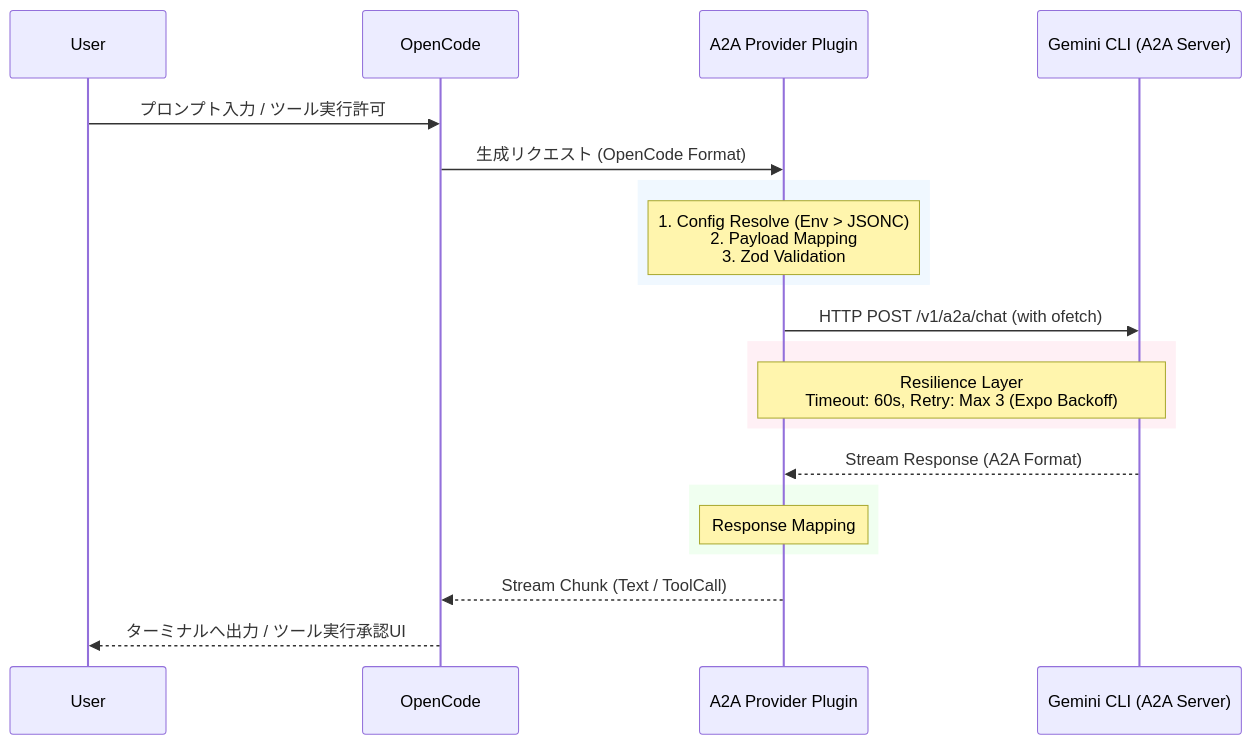
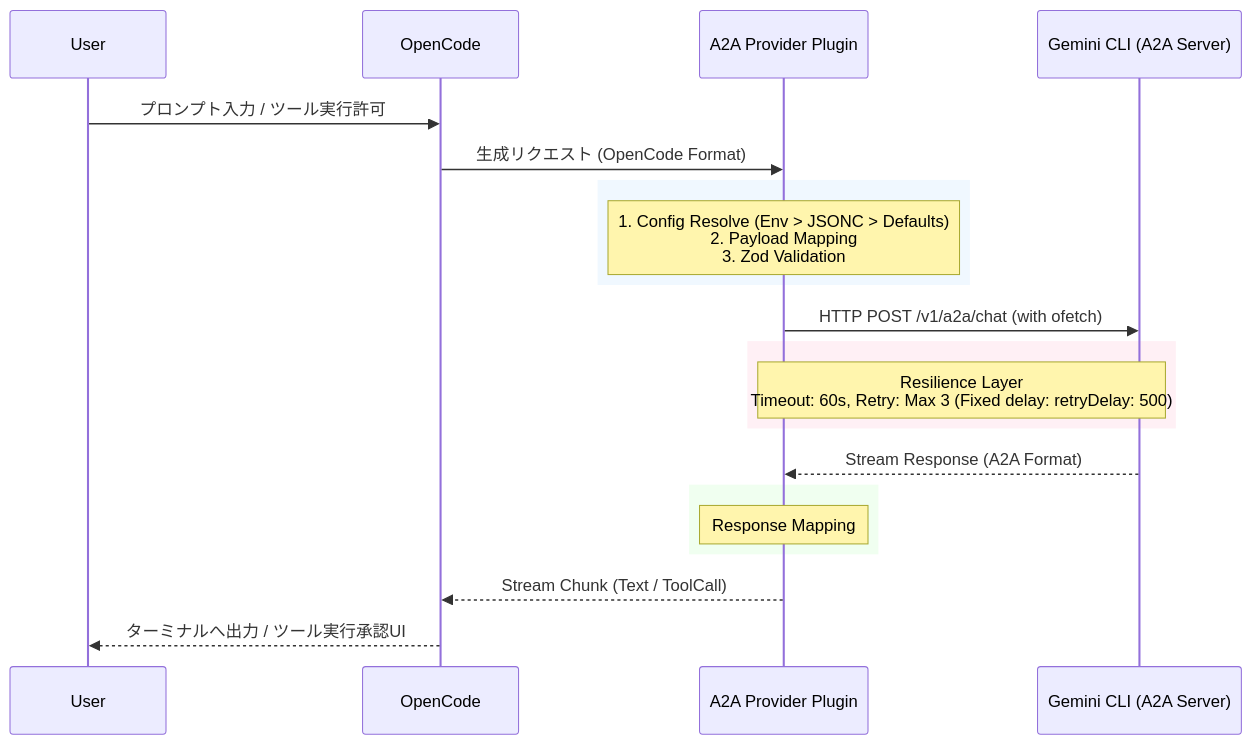
The diagram in SPEC.md (yohi/opencode-geminicli-a2a), drawn with Mermaid before and after one commit. The commit also changed other lines of this file, not shown here.

````diff
--- a/SPEC.md
+++ b/SPEC.md
@@ -45,29 +45,29 @@
 ```mermaid
 sequenceDiagram  
     participant User  
     participant OpenCode  
     participant Plugin as A2A Provider Plugin  
     participant GeminiCLI as Gemini CLI (A2A Server)
 
     User->>OpenCode: プロンプト入力 / ツール実行許可  
     OpenCode->>Plugin: 生成リクエスト (OpenCode Format)  
       
     rect rgb(240, 248, 255)  
-        Note over Plugin: 1. Config Resolve (Env > JSONC)<br/>2. Payload Mapping<br/>3. Zod Validation  
+        Note over Plugin: 1. Config Resolve (Env > JSONC > Defaults)<br/>2. Payload Mapping<br/>3. Zod Validation  
     end  
       
     Plugin->>GeminiCLI: HTTP POST /v1/a2a/chat (with ofetch)  
       
     rect rgb(255, 240, 245)  
-        Note over Plugin, GeminiCLI: Resilience Layer<br/>Timeout: 60s, Retry: Max 3 (Expo Backoff)  
+        Note over Plugin, GeminiCLI: Resilience Layer<br/>Timeout: 60s, Retry: Max 3 (Fixed delay: retryDelay: 500)  
     end  
       
     GeminiCLI-->>Plugin: Stream Response (A2A Format)  
       
     rect rgb(240, 255, 240)  
         Note over Plugin: Response Mapping  
     end  
       
     Plugin-->>OpenCode: Stream Chunk (Text / ToolCall)  
     OpenCode-->>User: ターミナルへ出力 / ツール実行承認UI
 ```
````
